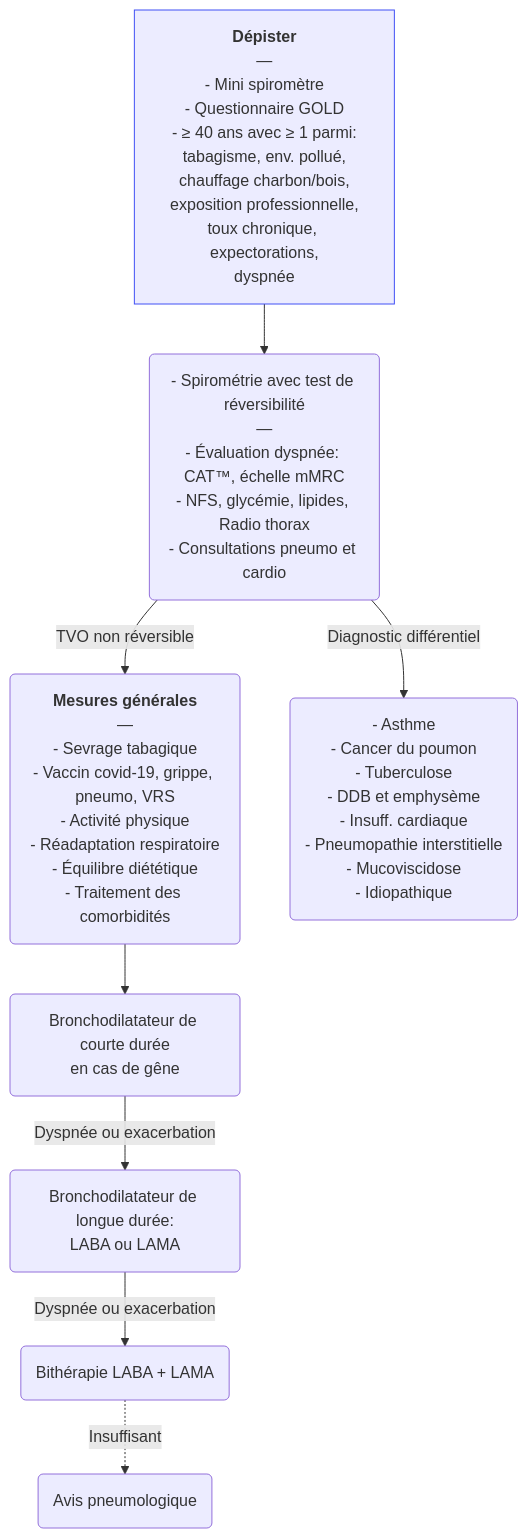
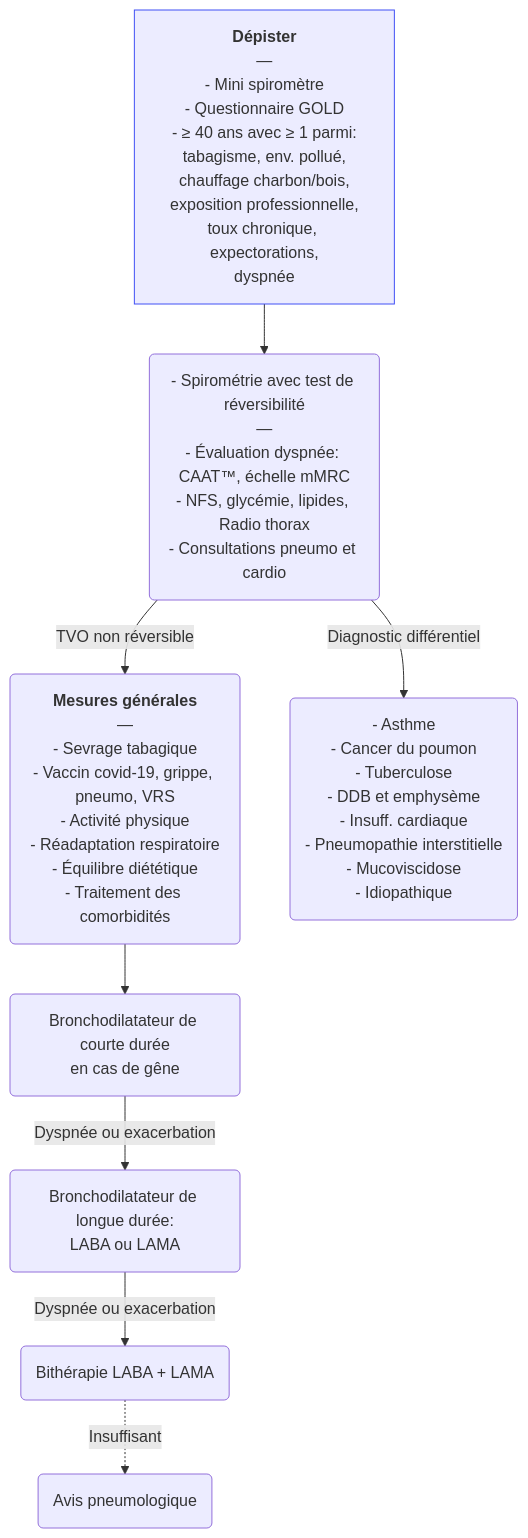
One commit to djibe/recommandations-medicales changed the diagram in content/recommandations/bronchopneumopathie-chronique-obstructive.md. Above: the diagram before and after it, drawn with Mermaid. The commit also changed other lines of this file, not shown here.

```diff
--- a/content/recommandations/bronchopneumopathie-chronique-obstructive.md
+++ b/content/recommandations/bronchopneumopathie-chronique-obstructive.md
@@ -581,11 +612,11 @@
 {{< mermaid title="Prise en charge de la BPCO, diagnostique et thérapeutique. Dr JB Fron d'après SPLF, ERS et GOLD 2025" >}}
 graph TB
   dépister["<b>Dépister</b><br>—<br>- Mini spiromètre<br>- Questionnaire GOLD<br>- ≥ 40 ans avec ≥ 1 parmi:<br>tabagisme, env. pollué,<br>chauffage charbon/bois,<br>exposition professionnelle,<br>toux chronique, expectorations,<br>dyspnée"]
   style dépister stroke:#4150f5, stroke-width:1px
-    dépister --> spirométrie("- Spirométrie avec test de réversibilité<br>—<br>- Évaluation dyspnée: CAT™, échelle mMRC<br>- NFS, glycémie, lipides, Radio thorax<br>- Consultations pneumo et cardio")
-      spirométrie -- TVO non réversible --> rhd("<b>Mesures générales</b><br>—<br>- Sevrage tabagique<br>- Vaccin covid-19, grippe, pneumo, VRS<br>- Activité physique<br>- Réadaptation respiratoire<br>- Équilibre diététique<br>- Traitement des comorbidités")
-        rhd --> bdca("Bronchodilatateur de courte durée<br>en cas de gêne")
-          bdca -- Dyspnée ou exacerbation --> bdla("Bronchodilatateur de longue durée:<br>LABA ou LAMA")
-            bdla -- Dyspnée ou exacerbation --> bitherapie(Bithérapie LABA + LAMA) -. Insuffisant .-> pneumologue(Avis pneumologique)
-      spirométrie -- Diagnostic différentiel --> differentiel("- Asthme<br>- Cancer du poumon<br>- Tuberculose<br>- DDB et emphysème<br>- Insuff. cardiaque<br>- Pneumopathie interstitielle<br>- Mucoviscidose<br>- Idiopathique")
+    dépister --> spirométrie("- Spirométrie avec test de réversibilité<br>—<br>- Évaluation dyspnée: CAAT™, échelle mMRC<br>- NFS, glycémie, lipides, Radio thorax<br>- Consultations pneumo et cardio")
+spirométrie -- TVO non réversible --> rhd("<b>Mesures générales</b><br>—<br>- Sevrage tabagique<br>- Vaccin covid-19, grippe, pneumo, VRS<br>- Activité physique<br>- Réadaptation respiratoire<br>- Équilibre diététique<br>- Traitement des comorbidités")
+  rhd --> bdca("Bronchodilatateur de courte durée<br>en cas de gêne")
+    bdca -- Dyspnée ou exacerbation --> bdla("Bronchodilatateur de longue durée:<br>LABA ou LAMA")
+bdla -- Dyspnée ou exacerbation --> bitherapie(Bithérapie LABA + LAMA) -. Insuffisant .-> pneumologue(Avis pneumologique)
+spirométrie -- Diagnostic différentiel --> differentiel("- Asthme<br>- Cancer du poumon<br>- Tuberculose<br>- DDB et emphysème<br>- Insuff. cardiaque<br>- Pneumopathie interstitielle<br>- Mucoviscidose<br>- Idiopathique")
 {{< /mermaid >}}
```
